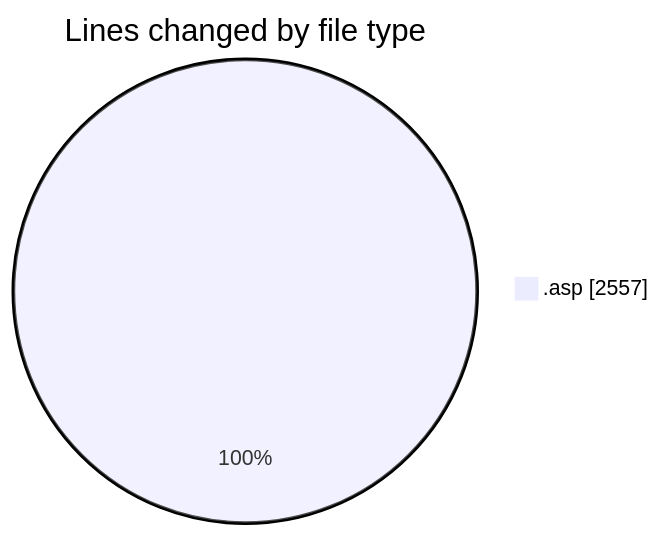
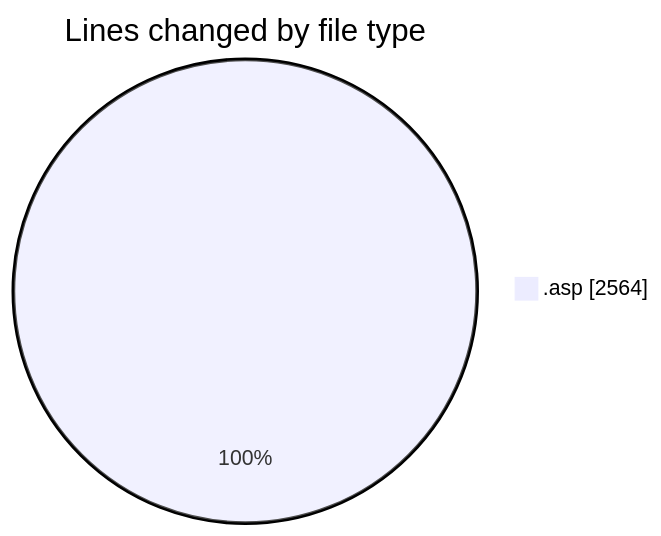
The first of 2 diagrams in 2025-10-31/cdp_aleoudev_fr__workspace_/README.md (julien-gomy/code-tracking), drawn with Mermaid before and after one commit. The commit also changed other lines of this file and 1 other file, not shown here.

````diff
--- a/2025-10-31/cdp_aleoudev_fr__workspace_/README.md
+++ b/2025-10-31/cdp_aleoudev_fr__workspace_/README.md
@@ -21,5 +21,5 @@
 ```mermaid
 pie showData
 title Lines changed by file type
-".asp" : 2557
+".asp" : 2564
 ```
````
